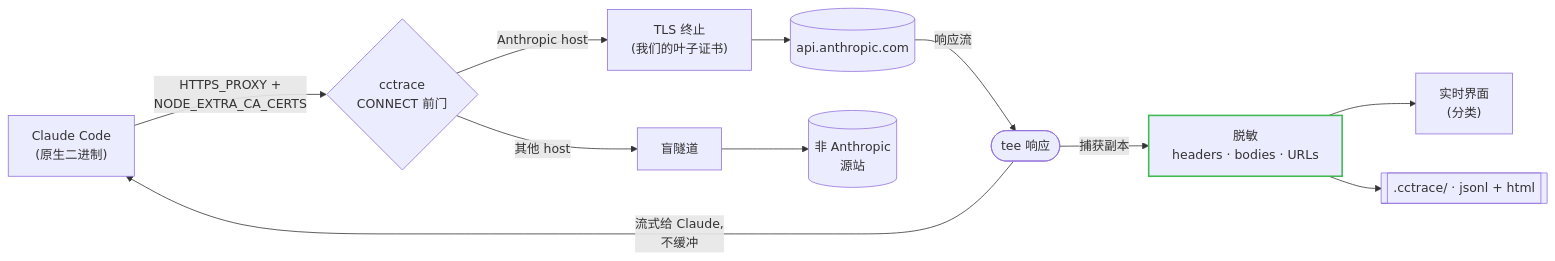
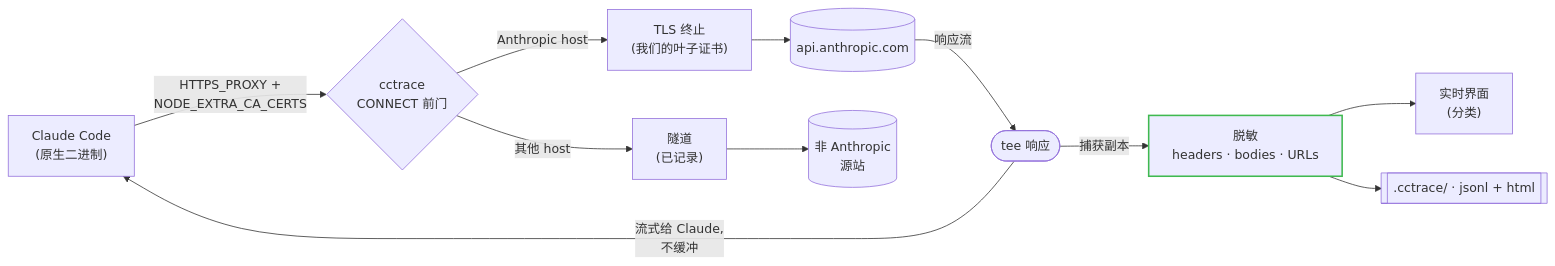
The diagram in README.zh-CN.md (thevibeworks/cctrace), drawn with Mermaid before and after one commit. The commit also changed other lines of this file and 5 other files, not shown here.

````diff
--- a/README.zh-CN.md
+++ b/README.zh-CN.md
@@ -177,27 +183,27 @@
 ```mermaid
 flowchart LR
     CC["Claude Code<br/>(原生二进制)"]
     FD{"cctrace<br/>CONNECT 前门"}
     TLS["TLS 终止<br/>(我们的叶子证书)"]
-    BT["盲隧道"]
+    BT["隧道<br/>(已记录)"]
     API[("api.anthropic.com")]
     ORI[("非 Anthropic<br/>源站")]
     TEE(["tee 响应"])
     RD["脱敏<br/>headers · bodies · URLs"]
     UI["实时界面<br/>(分类)"]
     OUT[[".cctrace/ · jsonl + html"]]
 
     CC -- "HTTPS_PROXY +<br/>NODE_EXTRA_CA_CERTS" --> FD
     FD -- "Anthropic host" --> TLS
     FD -- "其他 host" --> BT
     TLS --> API
     BT --> ORI
     API -- "响应流" --> TEE
     TEE -- "流式给 Claude,<br/>不缓冲" --> CC
     TEE -- "捕获副本" --> RD
     RD --> UI
     RD --> OUT
 
     classDef accent stroke:#3fb950,stroke-width:2px;
     class RD accent
 ```
````
